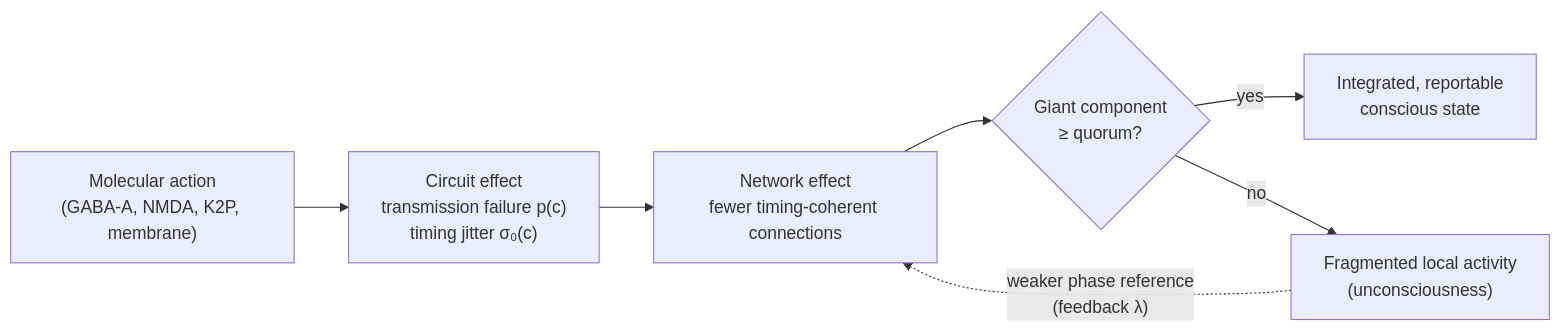
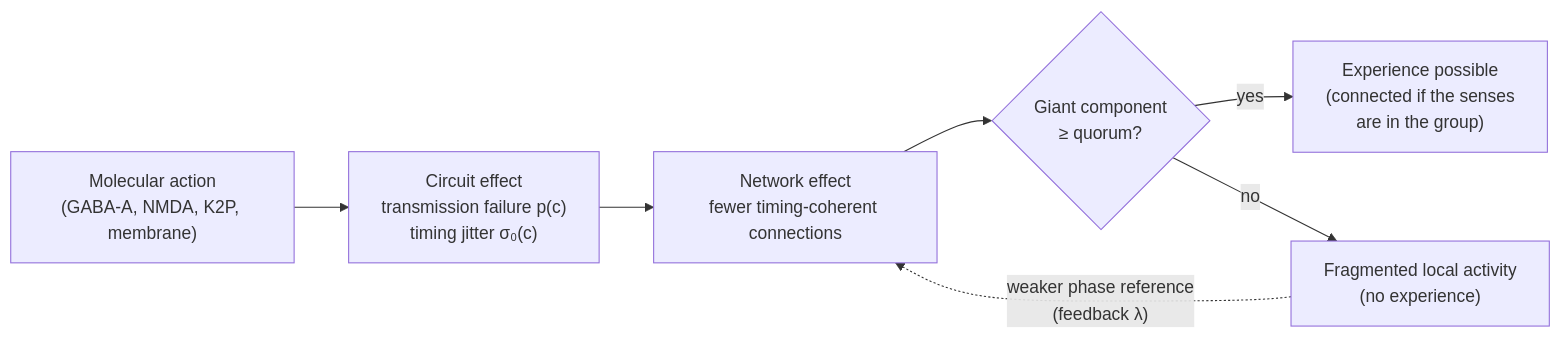
Before and after one commit to DrGabriel/neuroscience: the diagram in README.md, drawn with Mermaid. The commit also changed other lines of this file and 10 other files, not shown here.

````diff
--- a/README.md
+++ b/README.md
@@ -13,9 +13,9 @@
 ```mermaid
 flowchart LR
     A["Molecular action<br/>(GABA-A, NMDA, K2P, membrane)"] --> B["Circuit effect<br/>transmission failure p(c)<br/>timing jitter σ₀(c)"]
     B --> C["Network effect<br/>fewer timing-coherent connections"]
     C --> D{"Giant component<br/>≥ quorum?"}
-    D -- yes --> E["Integrated, reportable<br/>conscious state"]
-    D -- no --> F["Fragmented local activity<br/>(unconsciousness)"]
+    D -- yes --> E["Experience possible<br/>(connected if the senses<br/>are in the group)"]
+    D -- no --> F["Fragmented local activity<br/>(no experience)"]
     F -. "weaker phase reference<br/>(feedback λ)" .-> C
 ```
````
